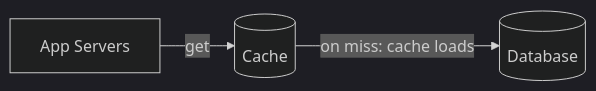
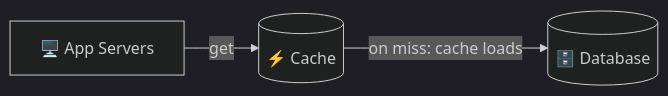
One commit to visheshkodwani/HLD changed the eighth of 13 diagrams in hello-interview/core-concepts/caching.md. Above: the diagram before and after it, drawn with Mermaid (dark theme). The commit also changed other lines of this file and 7 other files, not shown here.

First line of the commit message:
Give HLD its own Ember theme, richer diagrams, sidebar sections

````diff
--- a/hello-interview/core-concepts/caching.md
+++ b/hello-interview/core-concepts/caching.md
@@ -309,5 +309,5 @@
 ```mermaid
 flowchart LR
-    A["App Servers"] -->|"get"| C[("Cache")]
-    C -->|"on miss: cache loads"| D[("Database")]
+    A["🖥️ App Servers"] -->|"get"| C[("⚡ Cache")]
+    C -->|"on miss: cache loads"| D[("🗄️ Database")]
 ```
````
